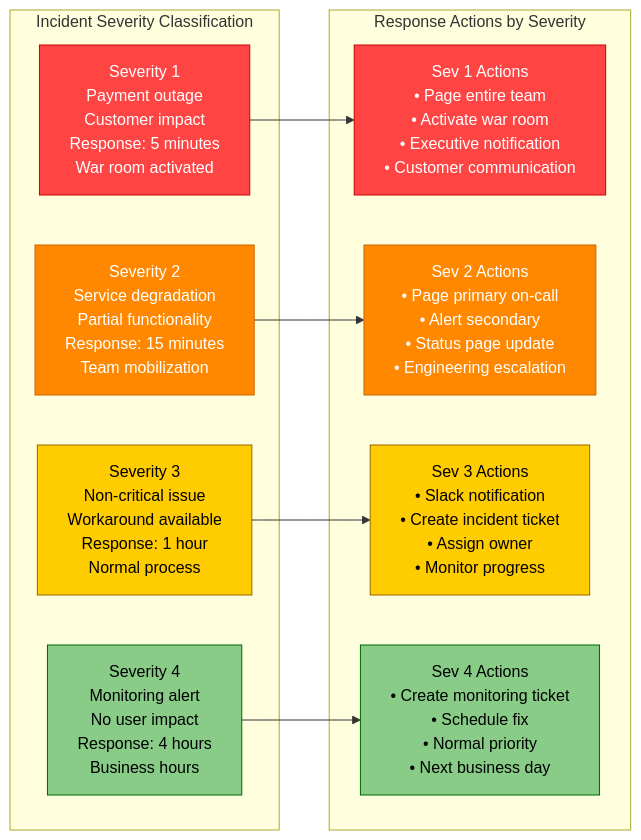
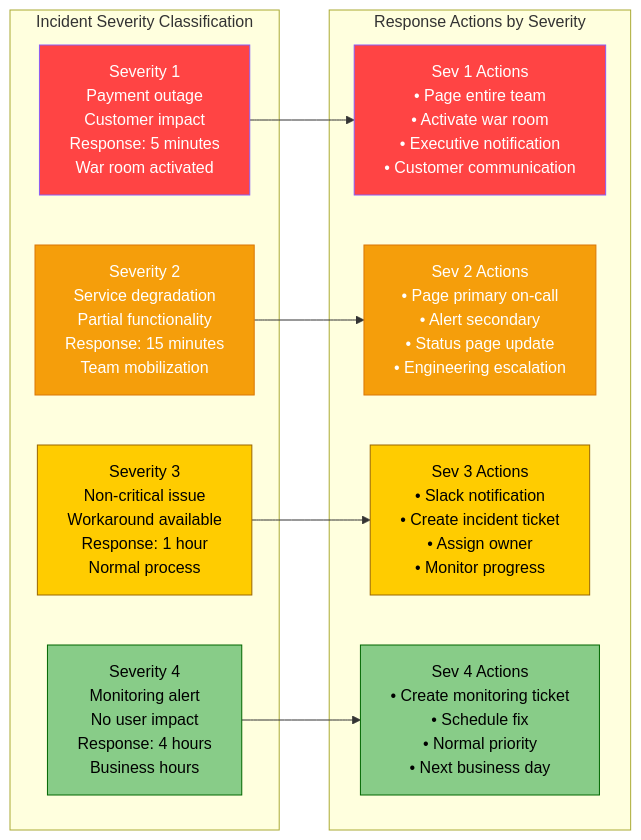
The third of 8 diagrams in site/docs/systems/square/08-production-operations.md (deepaucksharma/DS), drawn with Mermaid before and after one commit. The commit also changed other lines of this file and 187 other files, not shown here.

````diff
--- a/site/docs/systems/square/08-production-operations.md
+++ b/site/docs/systems/square/08-production-operations.md
@@ -167,37 +167,37 @@
 ```mermaid
 graph LR
     subgraph SeverityLevels[Incident Severity Classification]
         SEV1[Severity 1<br/>Payment outage<br/>Customer impact<br/>Response: 5 minutes<br/>War room activated]
 
         SEV2[Severity 2<br/>Service degradation<br/>Partial functionality<br/>Response: 15 minutes<br/>Team mobilization]
 
         SEV3[Severity 3<br/>Non-critical issue<br/>Workaround available<br/>Response: 1 hour<br/>Normal process]
 
         SEV4[Severity 4<br/>Monitoring alert<br/>No user impact<br/>Response: 4 hours<br/>Business hours]
     end
 
     subgraph ResponseActions[Response Actions by Severity]
         ACTION1[Sev 1 Actions<br/>• Page entire team<br/>• Activate war room<br/>• Executive notification<br/>• Customer communication]
 
         ACTION2[Sev 2 Actions<br/>• Page primary on-call<br/>• Alert secondary<br/>• Status page update<br/>• Engineering escalation]
 
         ACTION3[Sev 3 Actions<br/>• Slack notification<br/>• Create incident ticket<br/>• Assign owner<br/>• Monitor progress]
 
         ACTION4[Sev 4 Actions<br/>• Create monitoring ticket<br/>• Schedule fix<br/>• Normal priority<br/>• Next business day]
     end
 
     SEV1 --> ACTION1
     SEV2 --> ACTION2
     SEV3 --> ACTION3
     SEV4 --> ACTION4
 
-    classDef sevCritical fill:#FF4444,stroke:#CC0000,color:#fff
-    classDef sevHigh fill:#FF8800,stroke:#CC6600,color:#fff
+    classDef sevCritical fill:#FF4444,stroke:#8B5CF6,color:#fff
+    classDef sevHigh fill:#F59E0B,stroke:#D97706,color:#fff
     classDef sevMedium fill:#FFCC00,stroke:#996600,color:#000
     classDef sevLow fill:#88CC88,stroke:#006600,color:#000
 
     class SEV1,ACTION1 sevCritical
     class SEV2,ACTION2 sevHigh
     class SEV3,ACTION3 sevMedium
     class SEV4,ACTION4 sevLow
 ```
````
